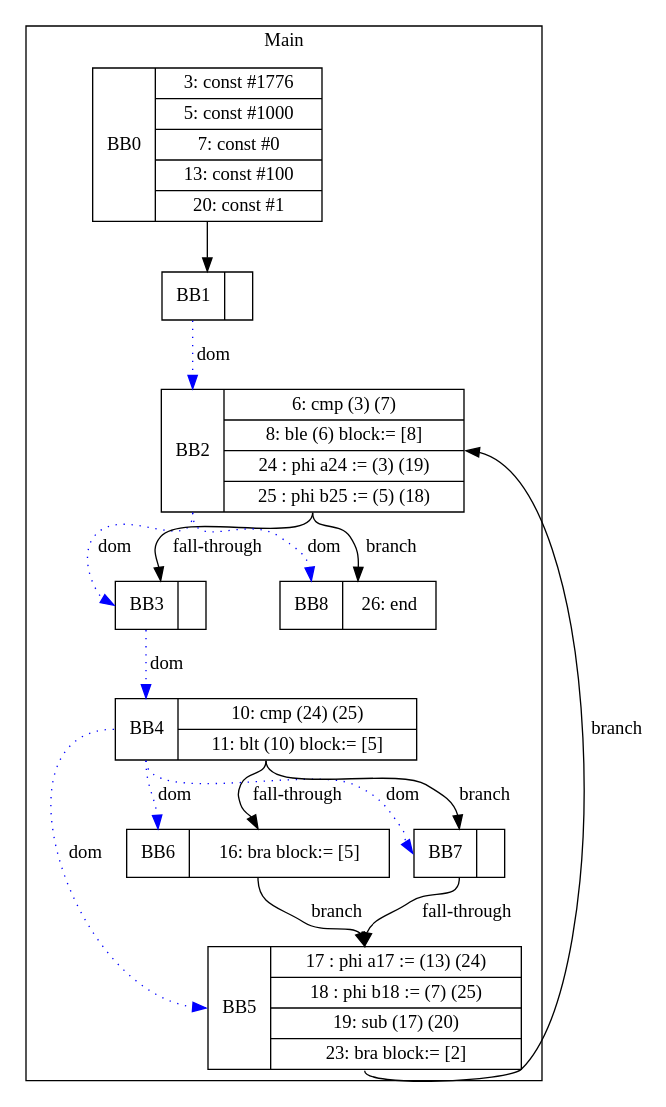
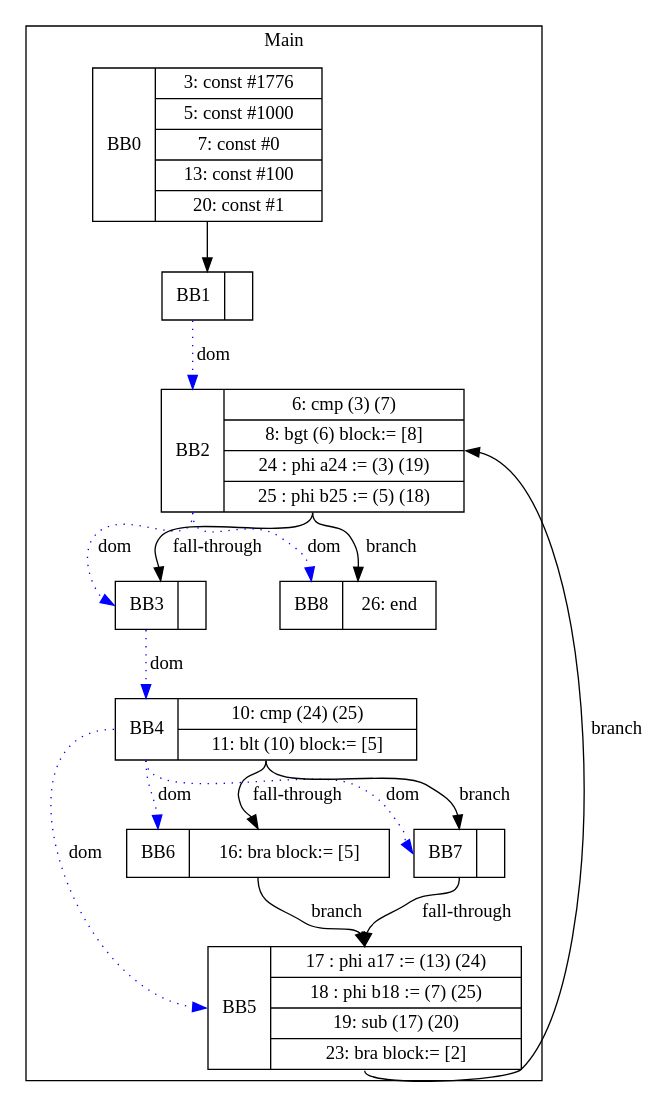
Before and after one commit to zjc664656505/UCI-CS241-Advanced-Compiler-main: the diagram in visualization/jmcgowa/While1.gv, drawn with Graphviz. The commit also changed 20 other files, not shown here.

```diff
--- a/visualization/jmcgowa/While1.gv
+++ b/visualization/jmcgowa/While1.gv
@@ -1,30 +1,30 @@
 digraph G {
 node [shape=record];
 subgraph cluster_main{
 label = "Main";
 BB0 [shape=record, label="<b>BB0|{3: const #1776|5: const #1000|7: const #0|13: const #100|20: const #1}"];
 BB1 [shape=record, label="<b>BB1|}"];
-BB2 [shape=record, label="<b>BB2|{6: cmp (3) (7)|8: ble (6) block:= [8]|24 : phi a24 := (3) (19)|25 : phi b25 := (5) (18)}"];
+BB2 [shape=record, label="<b>BB2|{6: cmp (3) (7)|8: bgt (6) block:= [8]|24 : phi a24 := (3) (19)|25 : phi b25 := (5) (18)}"];
 BB3 [shape=record, label="<b>BB3|}"];
 BB4 [shape=record, label="<b>BB4|{10: cmp (24) (25)|11: blt (10) block:= [5]}"];
 BB5 [shape=record, label="<b>BB5|{17 : phi a17 := (13) (24)|18 : phi b18 := (7) (25)|19: sub (17) (20)|23: bra block:= [2]}"];
 BB6 [shape=record, label="<b>BB6|{16: bra block:= [5]}"];
 BB7 [shape=record, label="<b>BB7|}"];
 BB8 [shape=record, label="<b>BB8|{26: end}"];
 }
 BB0:s -> BB1:n ;
 BB1:b -> BB2:b [color=blue, style=dotted, label="dom"];
 BB3:b -> BB4:b [color=blue, style=dotted, label="dom"];
 BB4:b -> BB6:b [color=blue, style=dotted, label="dom"];
 BB2:b -> BB3:b [color=blue, style=dotted, label="dom"];
 BB4:b -> BB5:b [color=blue, style=dotted, label="dom"];
 BB4:b -> BB7:b [color=blue, style=dotted, label="dom"];
 BB2:b -> BB8:b [color=blue, style=dotted, label="dom"];
 BB4:s -> BB7:n [label="branch"];
 BB6:s -> BB5:n [label="branch"];
 BB2:s -> BB8:n [label="branch"];
 BB5:s -> BB2:e [label="branch"];
 BB2:s -> BB3:n [label="fall-through"];
 BB7:s -> BB5:n [label="fall-through"];
 BB4:s -> BB6:n [label="fall-through"];
 }
```
